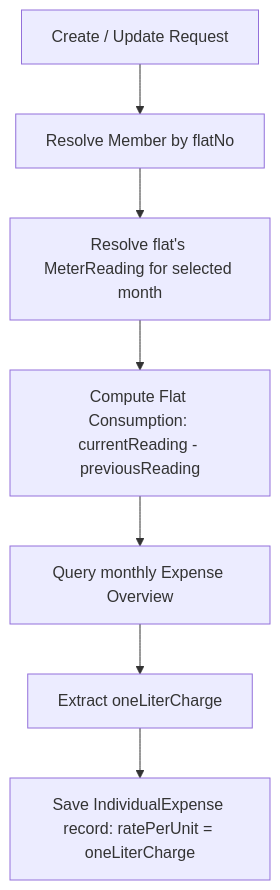
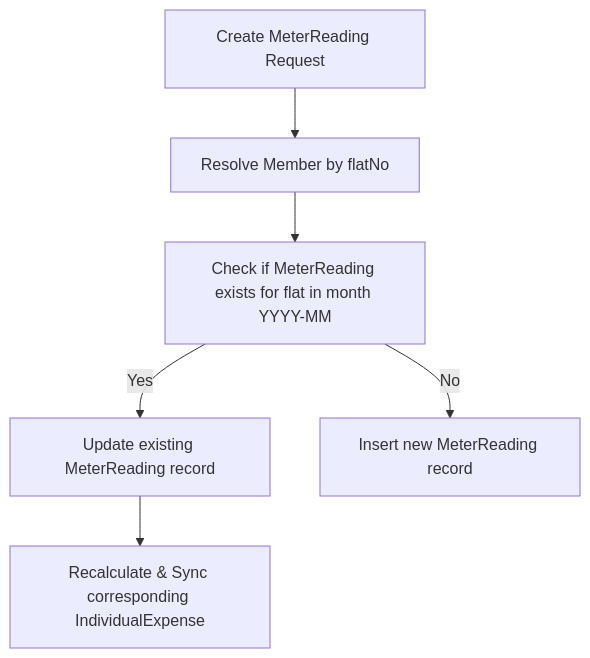
Before and after one commit to avinassh6vital/nestjs-vercel: the third of 3 diagrams in flow_documentation.md, drawn with Mermaid. The commit also changed other lines of this file, not shown here.

Commit message:
docs: update individual expense calculation, meter reading constraints, and API documentation flow diagrams

````diff
--- a/flow_documentation.md
+++ b/flow_documentation.md
@@ -40,9 +57,8 @@
 ```mermaid
 graph TD
-    A[Create / Update Request] --> B[Resolve Member by flatNo]
-    B --> C[Resolve flat's MeterReading for selected month]
-    C --> D[Compute Flat Consumption: currentReading - previousReading]
-    D --> E[Query monthly Expense Overview]
-    E --> F[Extract oneLiterCharge]
-    F --> G[Save IndividualExpense record: ratePerUnit = oneLiterCharge]
+    A[Create MeterReading Request] --> B[Resolve Member by flatNo]
+    B --> C[Check if MeterReading exists for flat in month YYYY-MM]
+    C -- Yes --> D[Update existing MeterReading record]
+    D --> E[Recalculate & Sync corresponding IndividualExpense]
+    C -- No --> F[Insert new MeterReading record]
 ```
````
